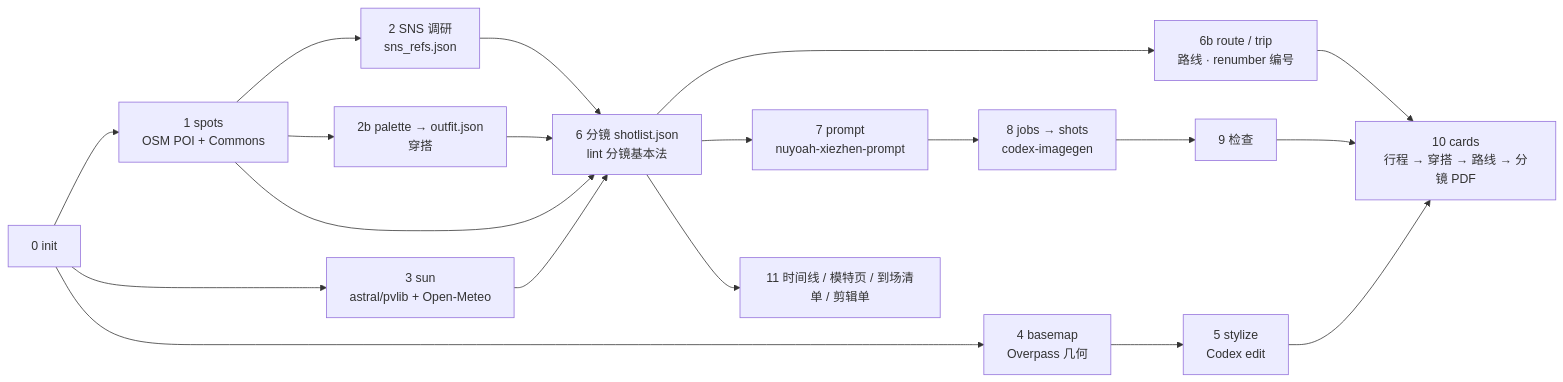
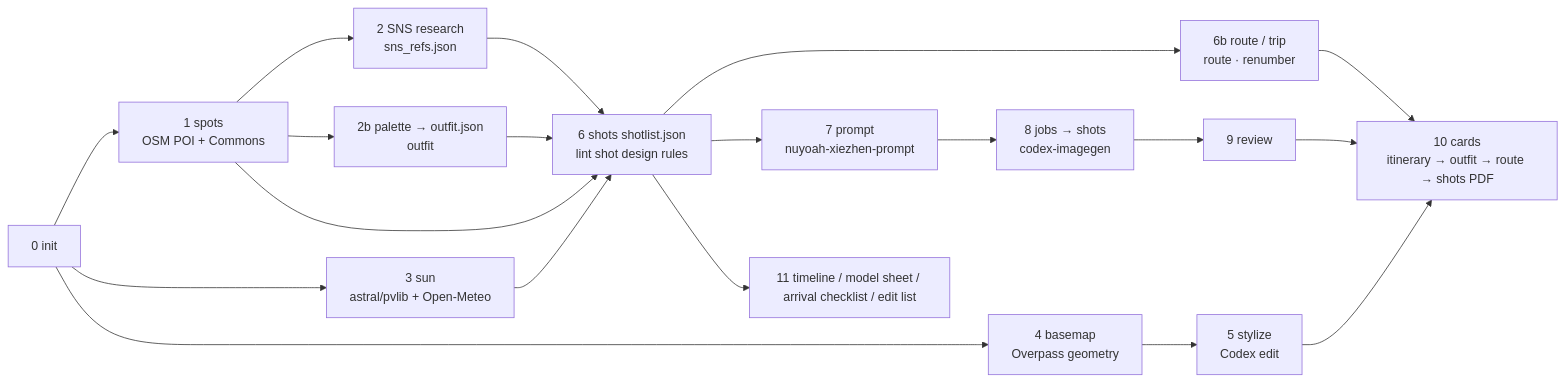
Before and after one commit to utopiabelmont/xiezhen-shoot-pipeline: the diagram in README.md, drawn with Mermaid. The commit also changed other lines of this file and 60 other files, not shown here.

````diff
--- a/README.md
+++ b/README.md
@@ -85,13 +87,13 @@
 ```mermaid
 flowchart LR
   A[0 init] --> B[1 spots<br/>OSM POI + Commons]
   A --> C[3 sun<br/>astral/pvlib + Open-Meteo]
-  A --> D[4 basemap<br/>Overpass 几何] --> E[5 stylize<br/>Codex edit]
-  B --> F[2 SNS 调研<br/>sns_refs.json]
-  B --> P[2b palette → outfit.json<br/>穿搭]
-  B & C & F & P --> G[6 分镜 shotlist.json<br/>lint 分镜基本法]
-  G --> R[6b route / trip<br/>路线 · renumber 编号]
-  G --> H[7 prompt<br/>nuyoah-xiezhen-prompt] --> I[8 jobs → shots<br/>codex-imagegen] --> J[9 检查]
-  J & E & R --> K[10 cards<br/>行程 → 穿搭 → 路线 → 分镜 PDF]
-  G --> L[11 时间线 / 模特页 / 到场清单 / 剪辑单]
+  A --> D[4 basemap<br/>Overpass geometry] --> E[5 stylize<br/>Codex edit]
+  B --> F[2 SNS research<br/>sns_refs.json]
+  B --> P[2b palette → outfit.json<br/>outfit]
+  B & C & F & P --> G[6 shots shotlist.json<br/>lint shot design rules]
+  G --> R[6b route / trip<br/>route · renumber]
+  G --> H[7 prompt<br/>nuyoah-xiezhen-prompt] --> I[8 jobs → shots<br/>codex-imagegen] --> J[9 review]
+  J & E & R --> K[10 cards<br/>itinerary → outfit → route → shots PDF]
+  G --> L[11 timeline / model sheet / arrival checklist / edit list]
 ```
````
